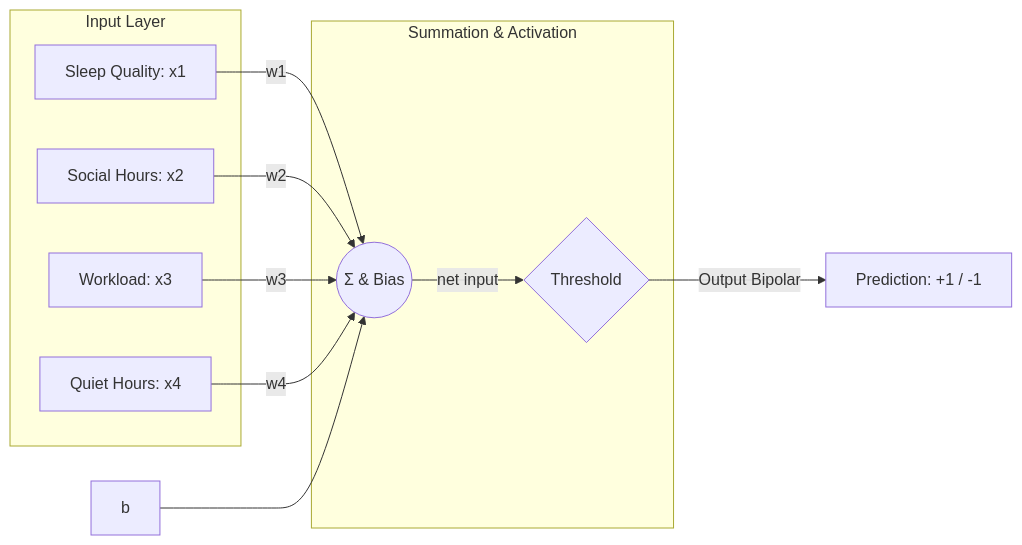
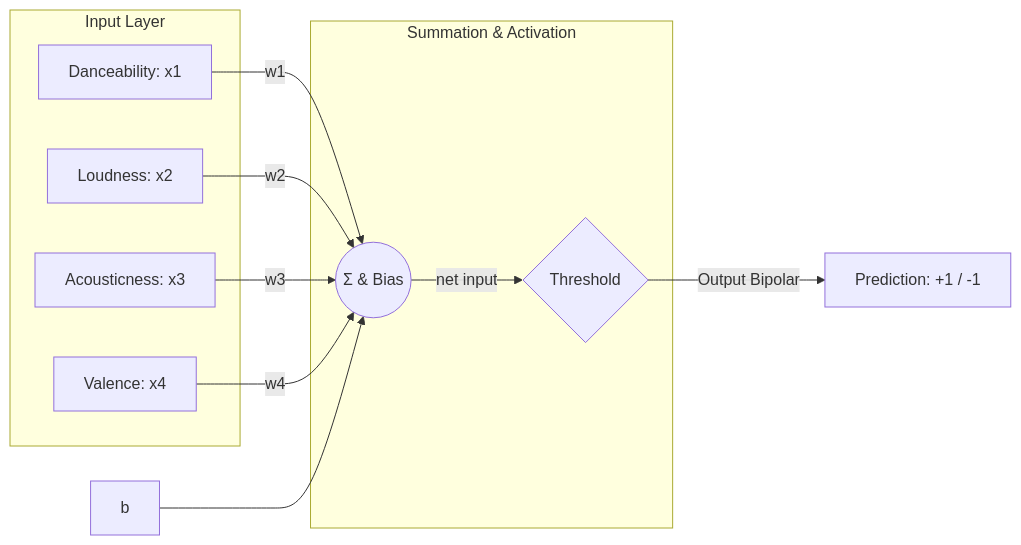
Before and after one commit to abday-wong/uas-jst: the first of 2 diagrams in readme.md, drawn with Mermaid. The commit also changed other lines of this file and 2 other files, not shown here.

````diff
--- a/readme.md
+++ b/readme.md
@@ -60,23 +57,23 @@
 ```mermaid
 graph LR
     subgraph Input Layer
-        X1[Sleep Quality: x1]
-        X2[Social Hours: x2]
-        X3[Workload: x3]
-        X4[Quiet Hours: x4]
+        X1[Danceability: x1]
+        X2[Loudness: x2]
+        X3[Acousticness: x3]
+        X4[Valence: x4]
     end
     
     subgraph Summation & Activation
         Sum((Σ & Bias))
         Act{Threshold}
     end
     
     X1 -->|w1| Sum
     X2 -->|w2| Sum
     X3 -->|w3| Sum
     X4 -->|w4| Sum
     Bias[b] --> Sum
     
     Sum -->|net input| Act
     Act -->|Output Bipolar| Y[Prediction: +1 / -1]
 ```
````
